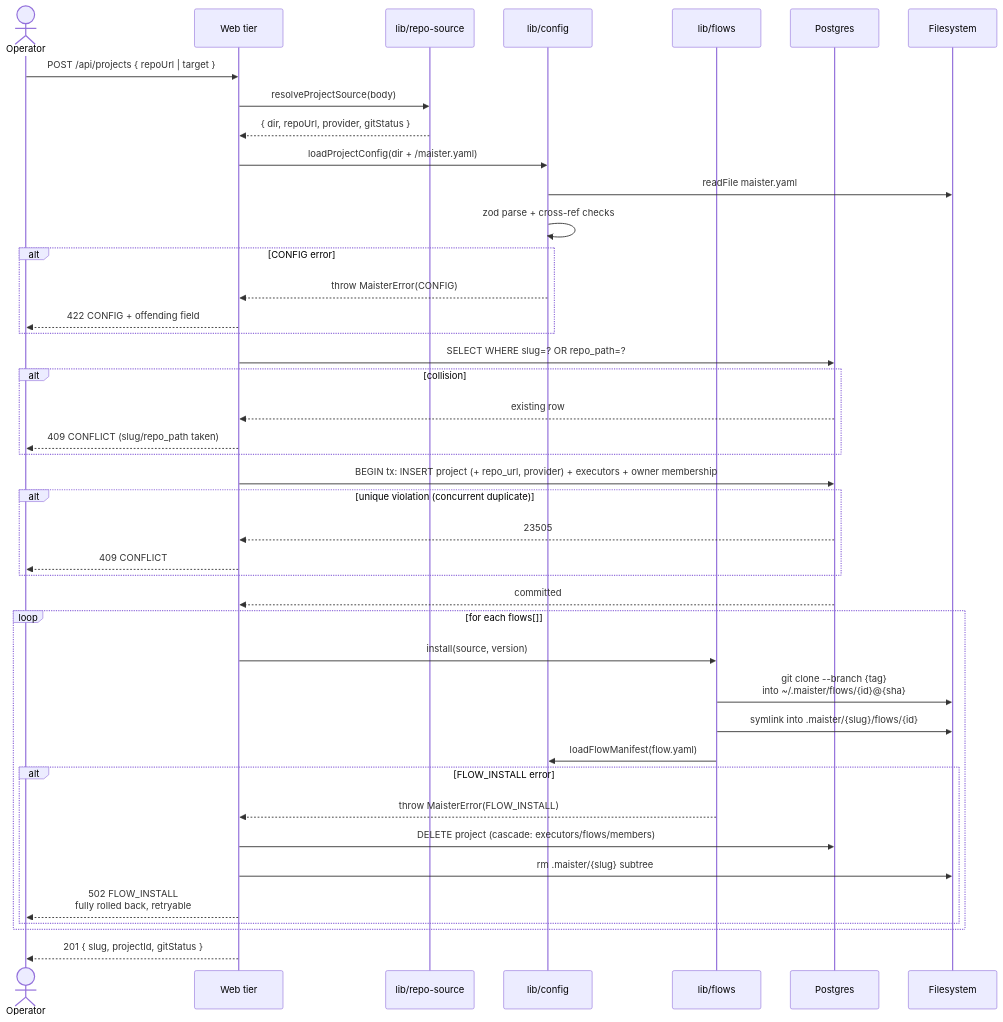
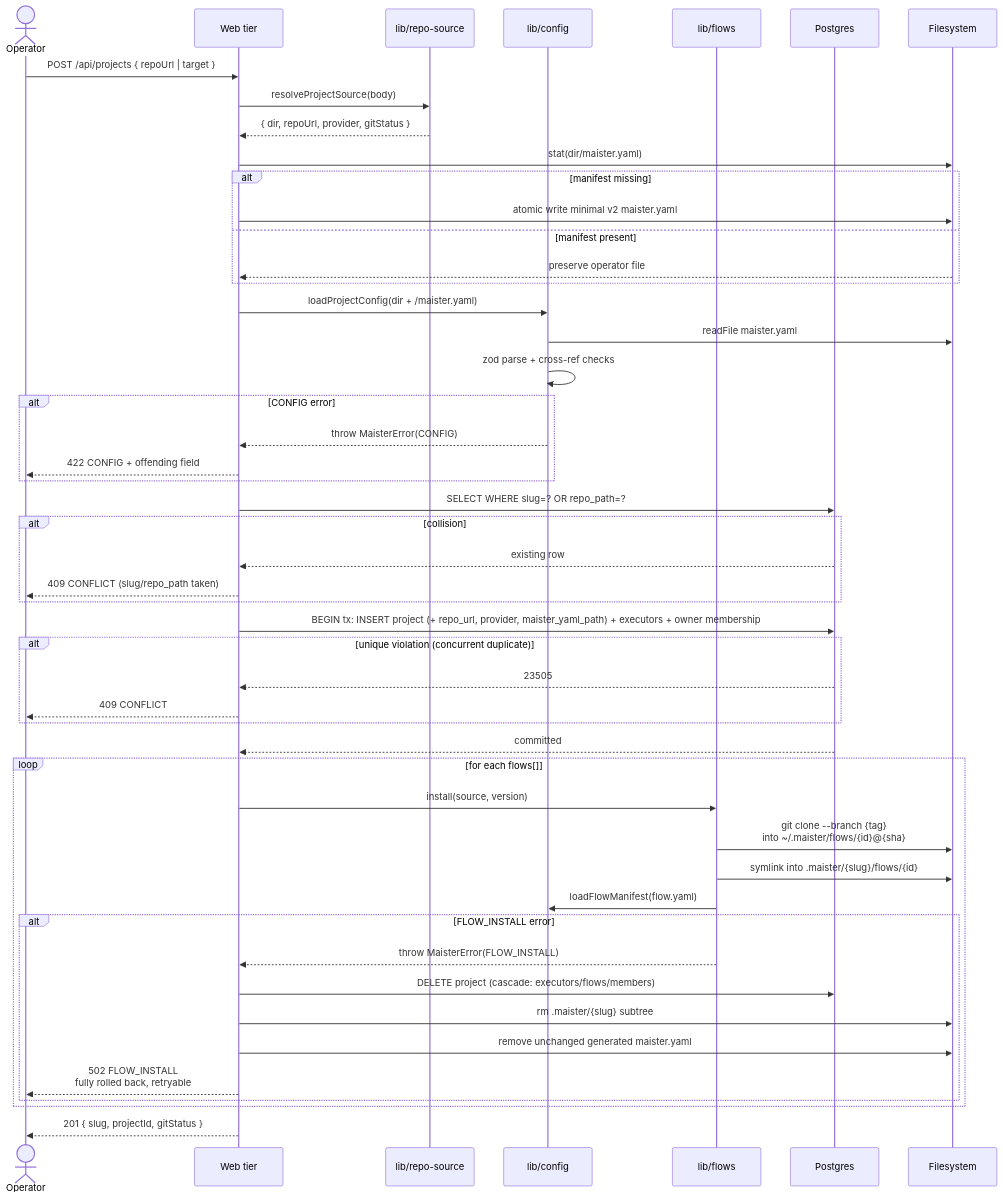
Before and after one commit to maister-dev/maister: the fourth of 5 diagrams in docs/system-analytics/projects.md, drawn with Mermaid. The commit also changed other lines of this file and 13 other files, not shown here.

Commit message:
fix(projects): bootstrap missing maister.yaml

````diff
--- a/docs/system-analytics/projects.md
+++ b/docs/system-analytics/projects.md
@@ -175,45 +173,52 @@
 ```mermaid
 sequenceDiagram
     actor U as Operator
     participant W as Web tier
     participant RS as lib/repo-source
     participant CFG as lib/config
     participant FL as lib/flows
     participant DB as Postgres
     participant FS as Filesystem
 
     U->>W: POST /api/projects { repoUrl | target }
     W->>RS: resolveProjectSource(body)
     RS-->>W: { dir, repoUrl, provider, gitStatus }
+    W->>FS: stat(dir/maister.yaml)
+    alt manifest missing
+        W->>FS: atomic write minimal v2 maister.yaml
+    else manifest present
+        FS-->>W: preserve operator file
+    end
     W->>CFG: loadProjectConfig(dir + /maister.yaml)
     CFG->>FS: readFile maister.yaml
     CFG->>CFG: zod parse + cross-ref checks
     alt CONFIG error
         CFG-->>W: throw MaisterError(CONFIG)
         W-->>U: 422 CONFIG + offending field
     end
     W->>DB: SELECT WHERE slug=? OR repo_path=?
     alt collision
         DB-->>W: existing row
         W-->>U: 409 CONFLICT (slug/repo_path taken)
     end
-    W->>DB: BEGIN tx: INSERT project (+ repo_url, provider) + executors + owner membership
+    W->>DB: BEGIN tx: INSERT project (+ repo_url, provider, maister_yaml_path) + executors + owner membership
     alt unique violation (concurrent duplicate)
         DB-->>W: 23505
         W-->>U: 409 CONFLICT
     end
     DB-->>W: committed
     loop for each flows[]
         W->>FL: install(source, version)
         FL->>FS: git clone --branch {tag}<br/>into ~/.maister/flows/{id}@{sha}
         FL->>FS: symlink into .maister/{slug}/flows/{id}
         FL->>CFG: loadFlowManifest(flow.yaml)
         alt FLOW_INSTALL error
             FL-->>W: throw MaisterError(FLOW_INSTALL)
             W->>DB: DELETE project (cascade: executors/flows/members)
             W->>FS: rm .maister/{slug} subtree
+            W->>FS: remove unchanged generated maister.yaml
             W-->>U: 502 FLOW_INSTALL<br/>fully rolled back, retryable
         end
     end
     W-->>U: 201 { slug, projectId, gitStatus }
 ```
````
